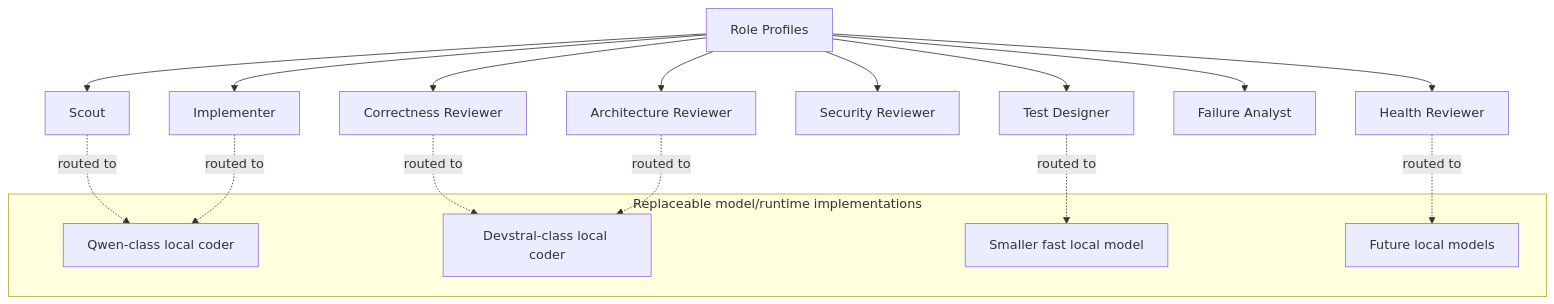
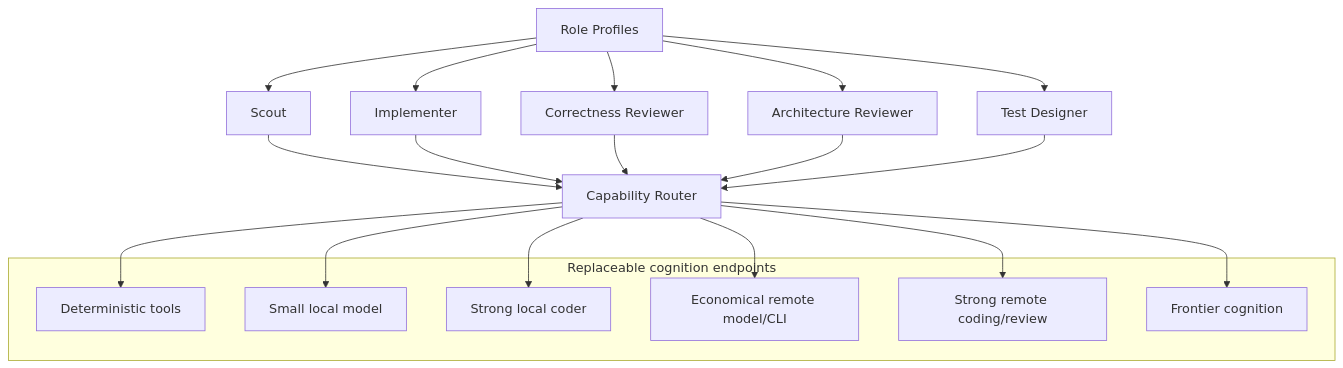
Before and after one commit to olostan/DevCadence: the eighth of 13 diagrams in docs/ARCHITECTURE.md, drawn with Mermaid. The commit also changed other lines of this file, not shown here.

Commit message:
docs: make architecture capability-routed and host independent

````diff
--- a/docs/ARCHITECTURE.md
+++ b/docs/ARCHITECTURE.md
@@ -396,27 +398,33 @@
 ```mermaid
 flowchart TB
     Profiles["Role Profiles"]
 
     Profiles --> Scout["Scout"]
     Profiles --> Impl["Implementer"]
     Profiles --> CR["Correctness Reviewer"]
     Profiles --> AR["Architecture Reviewer"]
-    Profiles --> SR["Security Reviewer"]
     Profiles --> TD["Test Designer"]
-    Profiles --> FA["Failure Analyst"]
-    Profiles --> HR["Health Reviewer"]
 
-    subgraph Models["Replaceable model/runtime implementations"]
-      Q["Qwen-class local coder"]
-      D["Devstral-class local coder"]
-      Small["Smaller fast local model"]
-      Future["Future local models"]
+    Router["Capability Router"]
+    Scout --> Router
+    Impl --> Router
+    CR --> Router
+    AR --> Router
+    TD --> Router
+
+    subgraph Endpoints["Replaceable cognition endpoints"]
+      Deterministic["Deterministic tools"]
+      Small["Small local model"]
+      StrongLocal["Strong local coder"]
+      Economy["Economical remote model/CLI"]
+      StrongRemote["Strong remote coding/review"]
+      Frontier["Frontier cognition"]
     end
 
-    Scout -. routed to .-> Q
-    Impl -. routed to .-> Q
-    CR -. routed to .-> D
-    AR -. routed to .-> D
-    TD -. routed to .-> Small
-    HR -. routed to .-> Future
+    Router --> Deterministic
+    Router --> Small
+    Router --> StrongLocal
+    Router --> Economy
+    Router --> StrongRemote
+    Router --> Frontier
 ```
````
